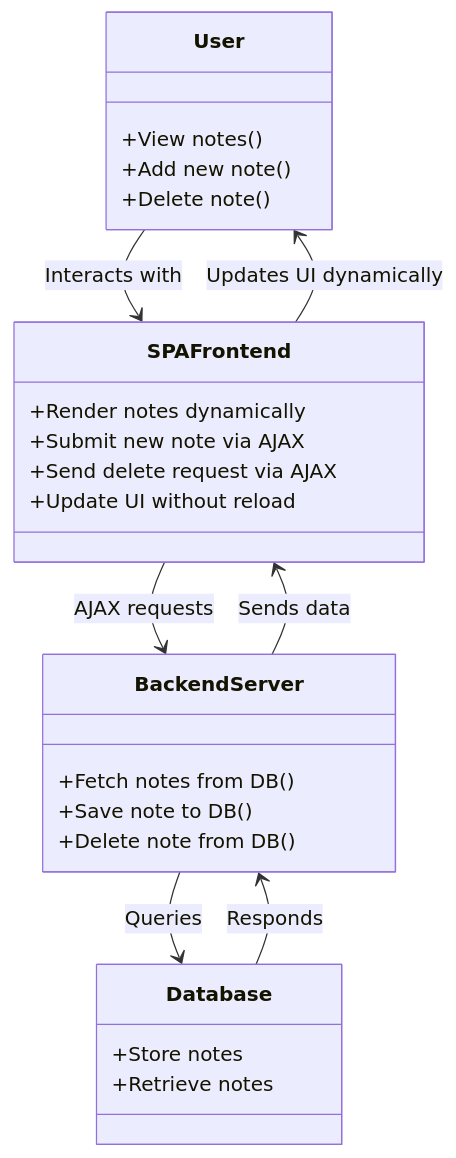
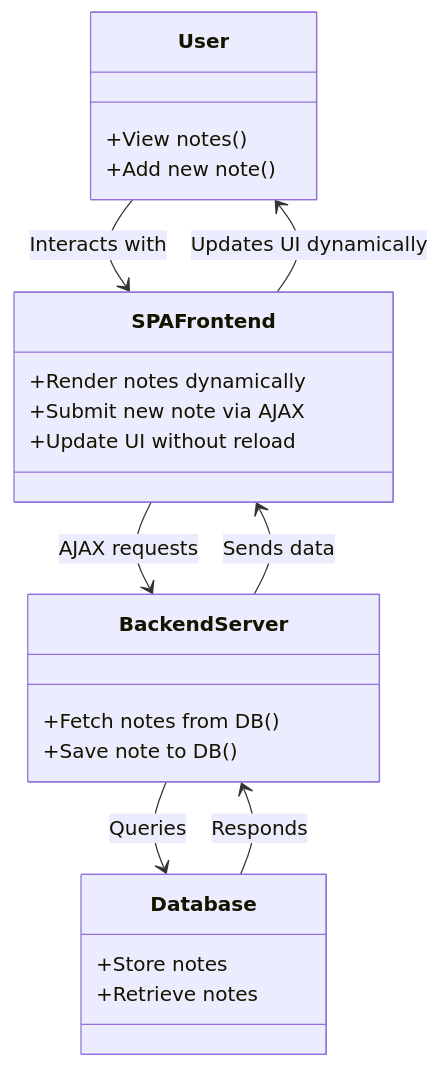
One commit to xXXkkmXx/FullStackKowalczyk changed the diagram in part0/one page app diagram.md. Above: the diagram before and after it, drawn with Mermaid.

Commit message:
Update one page app diagram.md

````diff
--- a/part0/one page app diagram.md
+++ b/part0/one page app diagram.md
@@ -1,33 +1,30 @@
 ```mermaid
 classDiagram
     class User {
         +View notes()
         +Add new note()
-        +Delete note()
     }
     
     class SPAFrontend {
         +Render notes dynamically
         +Submit new note via AJAX
-        +Send delete request via AJAX
         +Update UI without reload
     }
     
     class BackendServer {
         +Fetch notes from DB()
         +Save note to DB()
-        +Delete note from DB()
     }
     
     class Database {
         +Store notes
         +Retrieve notes
     }
 
     User --> SPAFrontend: Interacts with
     SPAFrontend --> BackendServer: AJAX requests
     BackendServer --> Database: Queries
     Database --> BackendServer: Responds
     BackendServer --> SPAFrontend: Sends data
     SPAFrontend --> User: Updates UI dynamically
 ```
````
